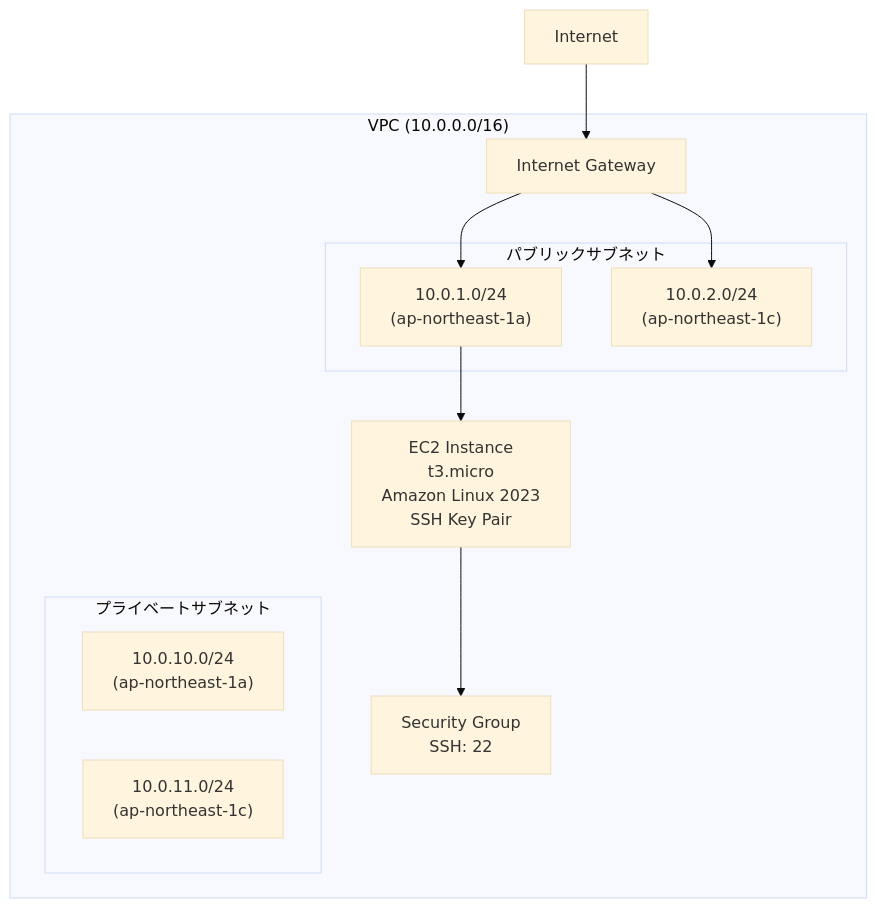
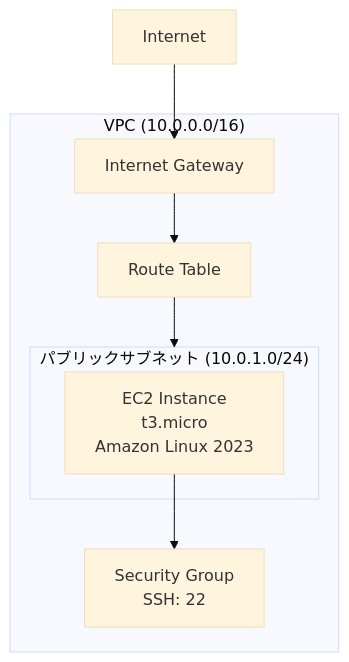
One commit to kifujii/ai_agentic_development changed the diagram in docs/session_guides/session2_guide.md. Above: the diagram before and after it, drawn with Mermaid (base theme). The commit also changed other lines of this file and 11 other files, not shown here.

````diff
--- a/docs/session_guides/session2_guide.md
+++ b/docs/session_guides/session2_guide.md
@@ -21,26 +21,18 @@
 ```mermaid
 graph TB
+    Internet[Internet] --> IGW
+
     subgraph VPC["VPC (10.0.0.0/16)"]
         IGW[Internet Gateway]
-        
-        subgraph PublicSubnets["パブリックサブネット"]
-            PublicSubnet1["10.0.1.0/24<br/>(ap-northeast-1a)"]
-            PublicSubnet2["10.0.2.0/24<br/>(ap-northeast-1c)"]
-        end
-        
-        subgraph PrivateSubnets["プライベートサブネット"]
-            PrivateSubnet1["10.0.10.0/24<br/>(ap-northeast-1a)"]
-            PrivateSubnet2["10.0.11.0/24<br/>(ap-northeast-1c)"]
-        end
-        
-        EC2["EC2 Instance<br/>t3.micro<br/>Amazon Linux 2023<br/>SSH Key Pair"]
+        RT[Route Table]
         SG[Security Group<br/>SSH: 22]
         
-        IGW --> PublicSubnet1
-        IGW --> PublicSubnet2
-        PublicSubnet1 --> EC2
+        subgraph PublicSubnet["パブリックサブネット (10.0.1.0/24)"]
+            EC2["EC2 Instance<br/>t3.micro<br/>Amazon Linux 2023"]
+        end
+
+        IGW --> RT
+        RT --> PublicSubnet
         EC2 --> SG
     end
-    
-    Internet[Internet] --> IGW
 ```
````
